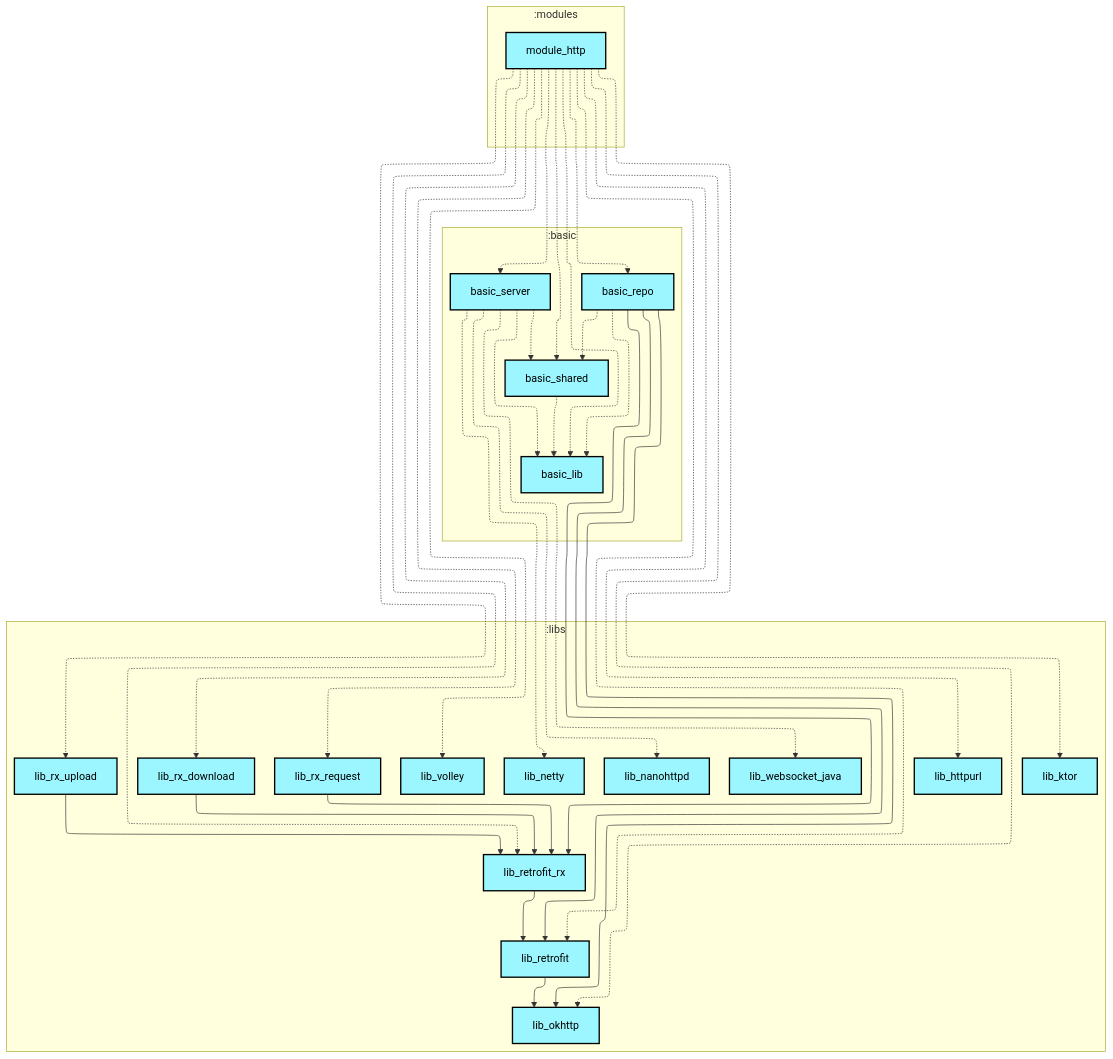
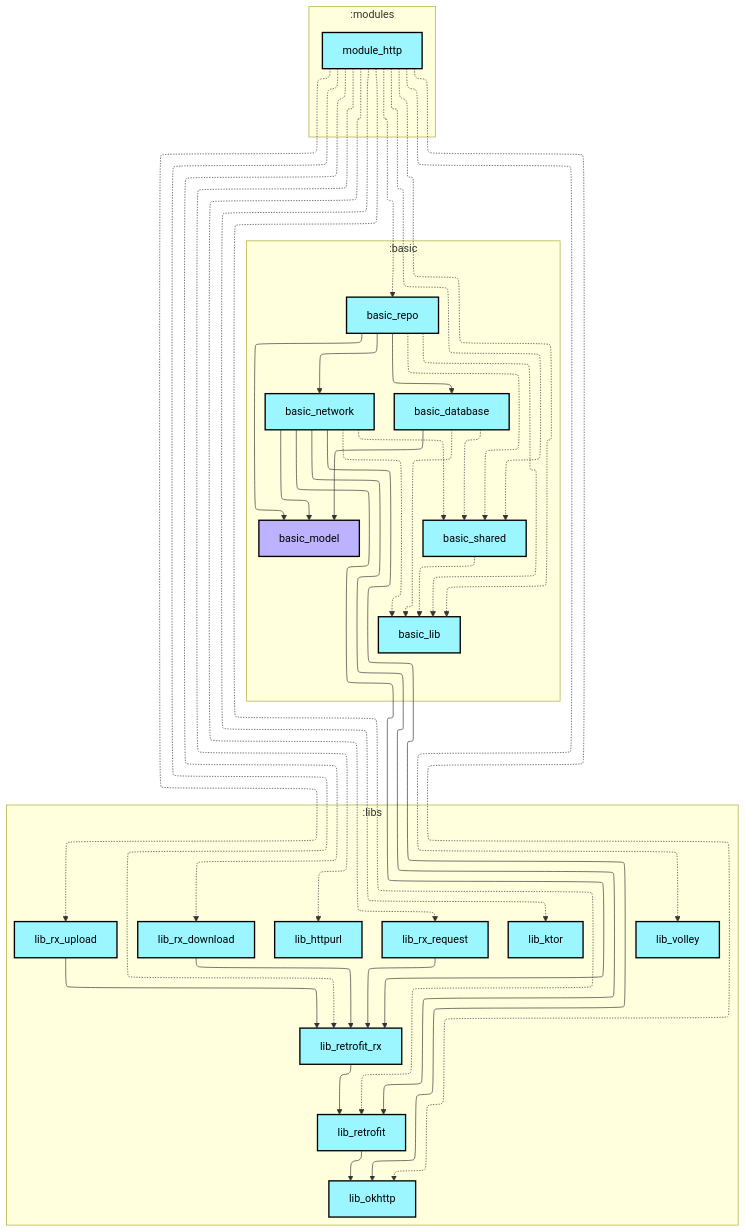
One commit to wuwei94/MyApplication changed the first of 2 diagrams in modules/module_http/README.md. Above: the diagram before and after it, drawn with Mermaid. The commit also changed 16 other files, not shown here.

````diff
--- a/modules/module_http/README.md
+++ b/modules/module_http/README.md
@@ -6,72 +6,74 @@
 ```mermaid
 ---
 config:
   layout: elk
   elk:
     nodePlacementStrategy: SIMPLE
 ---
 graph TB
   subgraph :modules
     direction TB
     :modules:module_http[module_http]:::android-library
   end
   subgraph :basic
     direction TB
+    :basic:basic_database[basic_database]:::android-library
     :basic:basic_lib[basic_lib]:::android-library
+    :basic:basic_model[basic_model]:::jvm-library
+    :basic:basic_network[basic_network]:::android-library
     :basic:basic_repo[basic_repo]:::android-library
-    :basic:basic_server[basic_server]:::android-library
     :basic:basic_shared[basic_shared]:::android-library
   end
   subgraph :libs
     direction TB
     :libs:lib_httpurl[lib_httpurl]:::android-library
     :libs:lib_ktor[lib_ktor]:::android-library
-    :libs:lib_nanohttpd[lib_nanohttpd]:::android-library
-    :libs:lib_netty[lib_netty]:::android-library
     :libs:lib_okhttp[lib_okhttp]:::android-library
     :libs:lib_retrofit[lib_retrofit]:::android-library
     :libs:lib_retrofit_rx[lib_retrofit_rx]:::android-library
     :libs:lib_rx_download[lib_rx_download]:::android-library
     :libs:lib_rx_request[lib_rx_request]:::android-library
     :libs:lib_rx_upload[lib_rx_upload]:::android-library
     :libs:lib_volley[lib_volley]:::android-library
-    :libs:lib_websocket_java[lib_websocket_java]:::android-library
   end
 
+  :basic:basic_database -.-> :basic:basic_lib
+  :basic:basic_database --> :basic:basic_model
+  :basic:basic_database -.-> :basic:basic_shared
+  :basic:basic_network -.-> :basic:basic_lib
+  :basic:basic_network --> :basic:basic_model
+  :basic:basic_network -.-> :basic:basic_shared
+  :basic:basic_network --> :libs:lib_okhttp
+  :basic:basic_network --> :libs:lib_retrofit
+  :basic:basic_network --> :libs:lib_retrofit_rx
+  :basic:basic_repo --> :basic:basic_database
   :basic:basic_repo -.-> :basic:basic_lib
+  :basic:basic_repo --> :basic:basic_model
+  :basic:basic_repo --> :basic:basic_network
   :basic:basic_repo -.-> :basic:basic_shared
-  :basic:basic_repo --> :libs:lib_okhttp
-  :basic:basic_repo --> :libs:lib_retrofit
-  :basic:basic_repo --> :libs:lib_retrofit_rx
-  :basic:basic_server -.-> :basic:basic_lib
-  :basic:basic_server -.-> :basic:basic_shared
-  :basic:basic_server -.-> :libs:lib_nanohttpd
-  :basic:basic_server -.-> :libs:lib_netty
-  :basic:basic_server -.-> :libs:lib_websocket_java
   :basic:basic_shared -.-> :basic:basic_lib
   :libs:lib_retrofit --> :libs:lib_okhttp
   :libs:lib_retrofit_rx --> :libs:lib_retrofit
   :libs:lib_rx_download --> :libs:lib_retrofit_rx
   :libs:lib_rx_request --> :libs:lib_retrofit_rx
   :libs:lib_rx_upload --> :libs:lib_retrofit_rx
   :modules:module_http -.-> :basic:basic_lib
   :modules:module_http -.-> :basic:basic_repo
-  :modules:module_http -.-> :basic:basic_server
   :modules:module_http -.-> :basic:basic_shared
   :modules:module_http -.-> :libs:lib_httpurl
   :modules:module_http -.-> :libs:lib_ktor
   :modules:module_http -.-> :libs:lib_okhttp
   :modules:module_http -.-> :libs:lib_retrofit
   :modules:module_http -.-> :libs:lib_retrofit_rx
   :modules:module_http -.-> :libs:lib_rx_download
   :modules:module_http -.-> :libs:lib_rx_request
   :modules:module_http -.-> :libs:lib_rx_upload
   :modules:module_http -.-> :libs:lib_volley
 
 classDef android-application fill:#CAFFBF,stroke:#000,stroke-width:2px,color:#000;
 classDef android-feature fill:#FFD6A5,stroke:#000,stroke-width:2px,color:#000;
 classDef android-library fill:#9BF6FF,stroke:#000,stroke-width:2px,color:#000;
 classDef android-test fill:#A0C4FF,stroke:#000,stroke-width:2px,color:#000;
 classDef jvm-library fill:#BDB2FF,stroke:#000,stroke-width:2px,color:#000;
 classDef unknown fill:#FFADAD,stroke:#000,stroke-width:2px,color:#000;
 ```
````
